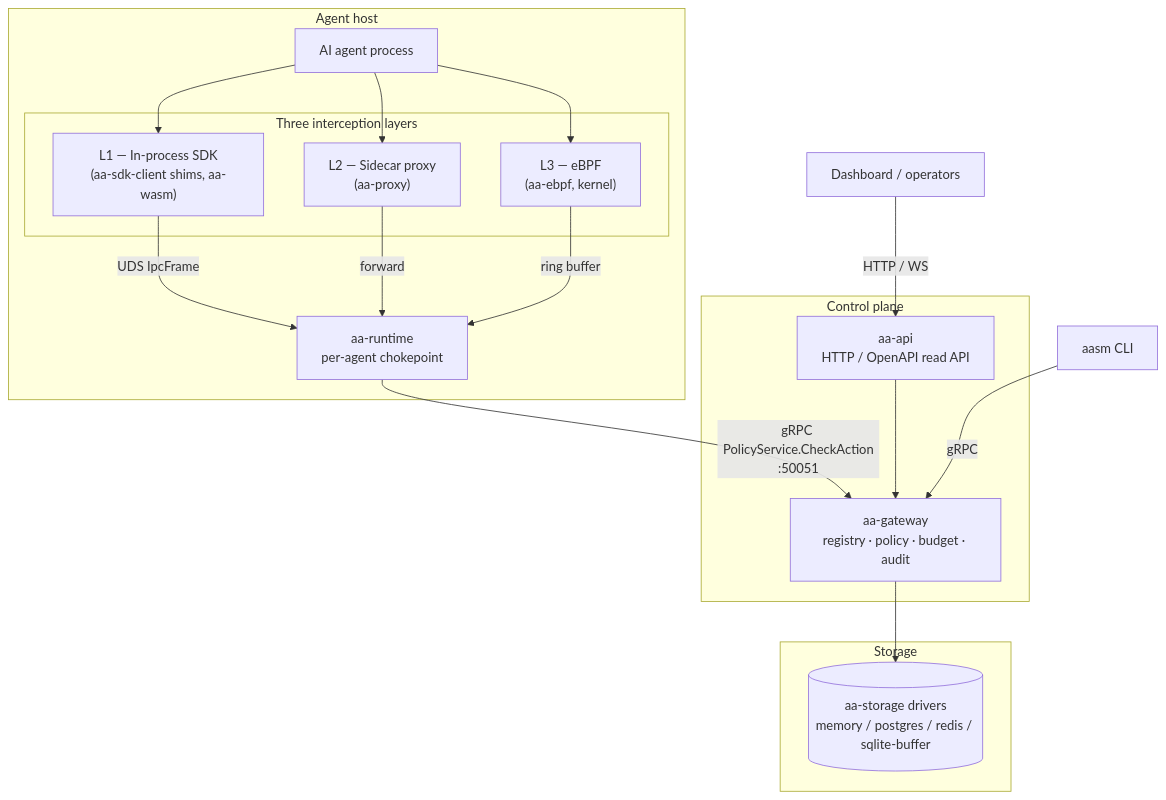
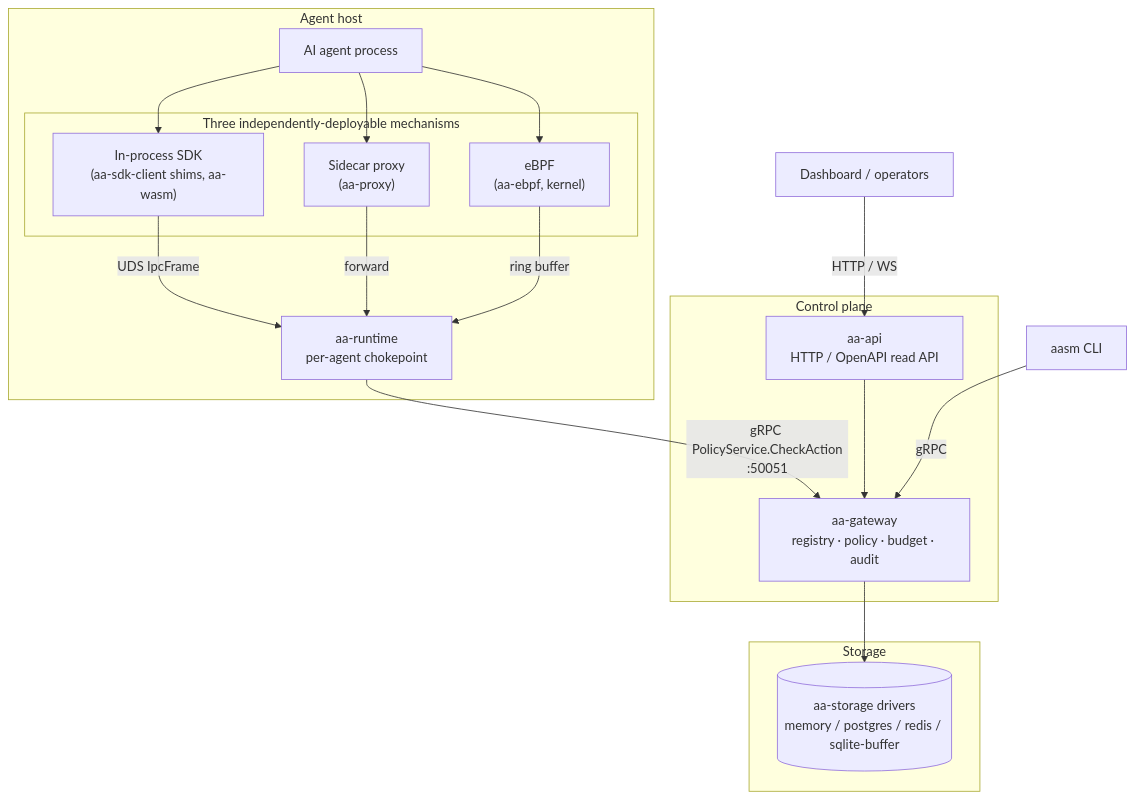
The second of 3 diagrams in docs/src/architecture/system-architecture.md (ai-agent-assembly/agent-assembly), drawn with Mermaid before and after one commit. The commit also changed other lines of this file and 1 other file, not shown here.

First line of the commit message:
📝 (docs): Re-term system-architecture.md's three-layer diagrams

````diff
--- a/docs/src/architecture/system-architecture.md
+++ b/docs/src/architecture/system-architecture.md
@@ -134,34 +136,34 @@
 ```mermaid
 flowchart TB
     subgraph agent_host["Agent host"]
         Agent[AI agent process]
-        subgraph layers["Three interception layers"]
-            L1["L1 — In-process SDK<br/>(aa-sdk-client shims, aa-wasm)"]
-            L2["L2 — Sidecar proxy<br/>(aa-proxy)"]
-            L3["L3 — eBPF<br/>(aa-ebpf, kernel)"]
+        subgraph mechs["Three independently-deployable mechanisms"]
+            L1["In-process SDK<br/>(aa-sdk-client shims, aa-wasm)"]
+            L2["Sidecar proxy<br/>(aa-proxy)"]
+            L3["eBPF<br/>(aa-ebpf, kernel)"]
         end
         RT["aa-runtime<br/>per-agent chokepoint"]
     end
 
     subgraph control["Control plane"]
         GW["aa-gateway<br/>registry · policy · budget · audit"]
         API["aa-api<br/>HTTP / OpenAPI read API"]
     end
 
     subgraph persistence["Storage"]
         STORE[("aa-storage drivers<br/>memory / postgres / redis / sqlite-buffer")]
     end
 
     Dash["Dashboard / operators"]
     CLI["aasm CLI"]
 
     Agent --> L1 & L2 & L3
     L1 -->|UDS IpcFrame| RT
     L2 -->|forward| RT
     L3 -->|ring buffer| RT
     RT -->|gRPC PolicyService.CheckAction<br/>:50051| GW
     GW --> STORE
     API --> GW
     Dash -->|HTTP / WS| API
     CLI -->|gRPC| GW
 ```
````
